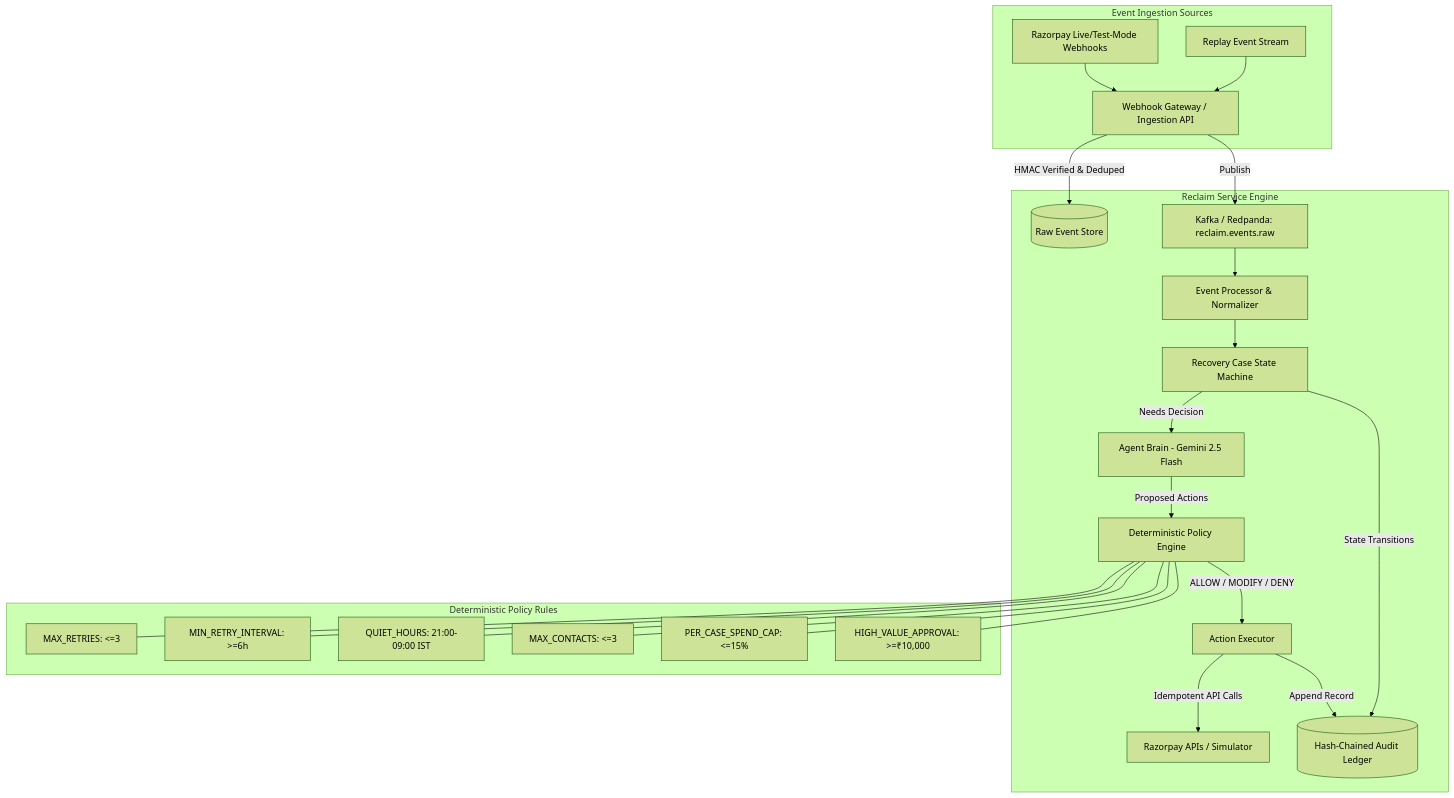
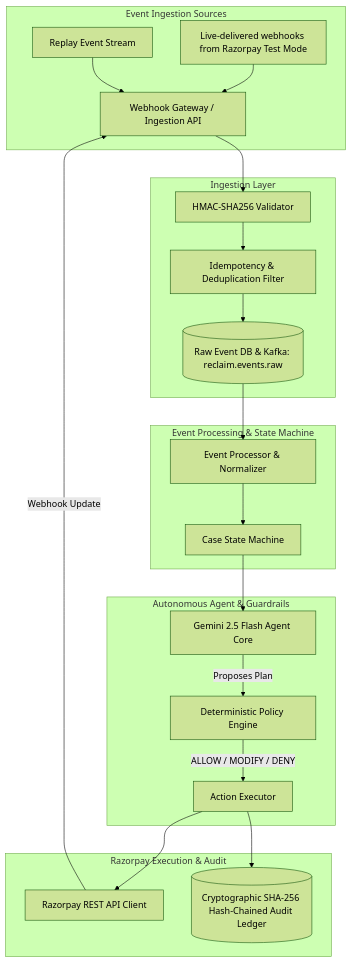
Before and after one commit to Sadiq8064/reclaim-agent: the first of 3 diagrams in ARCHITECTURE.md, drawn with Mermaid (forest theme). The commit also changed other lines of this file and 3 other files, not shown here.

Commit message:
refactor(actions): align card recovery with Razorpay REQUEST_PAYMENT_METHOD_UPDATE and bounded SEND_CUSTOMER_NUDGE

````diff
--- a/ARCHITECTURE.md
+++ b/ARCHITECTURE.md
@@ -5,29 +9,30 @@
 ```mermaid
 flowchart TD
     subgraph Sources [Event Ingestion Sources]
-        A[Razorpay Live/Test-Mode Webhooks] --> G[Webhook Gateway / Ingestion API]
+        A[Live-delivered webhooks from Razorpay Test Mode] --> G[Webhook Gateway / Ingestion API]
         B[Replay Event Stream] --> G
     end
 
-    subgraph Core [Reclaim Service Engine]
-        G -->|HMAC Verified & Deduped| RAW[(Raw Event Store)]
-        G -->|Publish| K[Kafka / Redpanda: reclaim.events.raw]
-        K --> EP[Event Processor & Normalizer]
-        EP --> SM[Recovery Case State Machine]
-        SM -->|Needs Decision| AG[Agent Brain - Gemini 2.5 Flash]
-        AG -->|Proposed Actions| PE[Deterministic Policy Engine]
-        PE -->|ALLOW / MODIFY / DENY| EX[Action Executor]
-        EX -->|Idempotent API Calls| RZP[Razorpay APIs / Simulator]
-        EX -->|Append Record| AL[(Hash-Chained Audit Ledger)]
-        SM -->|State Transitions| AL
+    subgraph Ingestion [Ingestion Layer]
+        G --> H[HMAC-SHA256 Validator]
+        H --> D[Idempotency & Deduplication Filter]
+        D --> K[(Raw Event DB & Kafka: reclaim.events.raw)]
     end
 
-    subgraph Guardrails [Deterministic Policy Rules]
-        PE --- R1[MAX_RETRIES: <=3]
-        PE --- R2[MIN_RETRY_INTERVAL: >=6h]
-        PE --- R3[QUIET_HOURS: 21:00-09:00 IST]
-        PE --- R4[MAX_CONTACTS: <=3]
-        PE --- R5[PER_CASE_SPEND_CAP: <=15%]
-        PE --- R6[HIGH_VALUE_APPROVAL: >=₹10,000]
+    subgraph Processing [Event Processing & State Machine]
+        K --> P[Event Processor & Normalizer]
+        P --> SM[Case State Machine]
+    end
+
+    subgraph AgenticCore [Autonomous Agent & Guardrails]
+        SM --> AG[Gemini 2.5 Flash Agent Core]
+        AG -->|Proposes Plan| PE[Deterministic Policy Engine]
+        PE -->|ALLOW / MODIFY / DENY| EX[Action Executor]
+    end
+
+    subgraph Actions [Razorpay Execution & Audit]
+        EX --> RZ[Razorpay REST API Client]
+        EX --> AL[(Cryptographic SHA-256 Hash-Chained Audit Ledger)]
+        RZ -->|Webhook Update| G
     end
 ```
````
